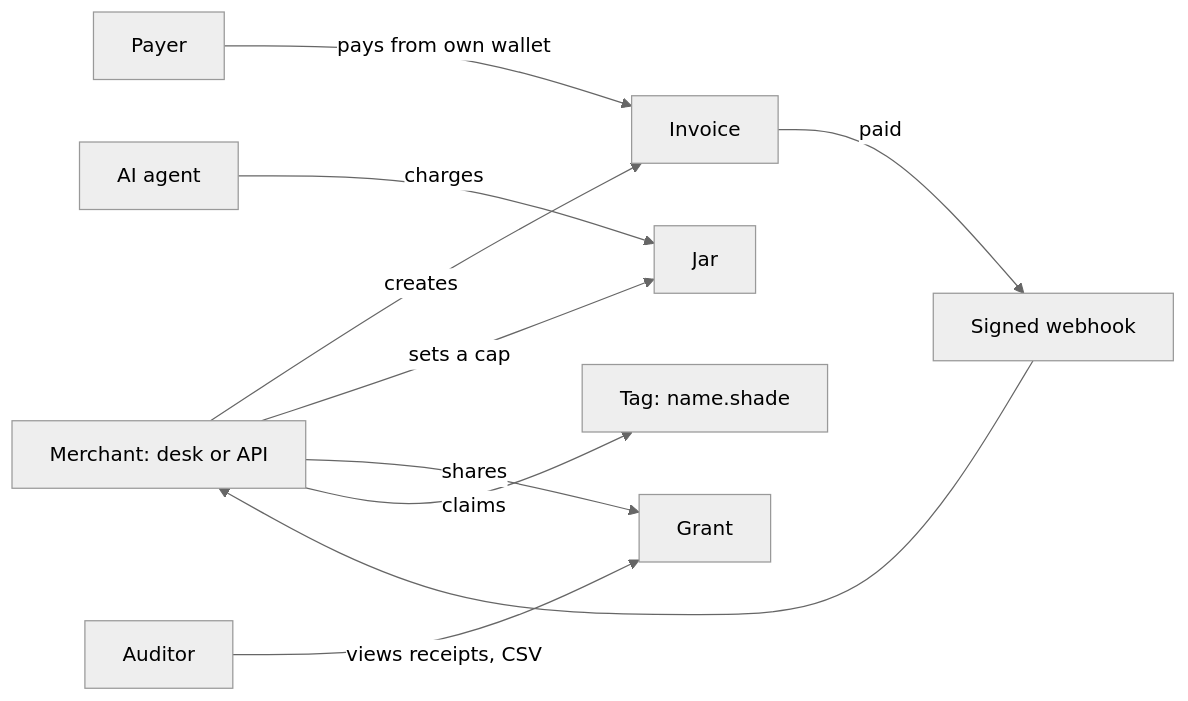
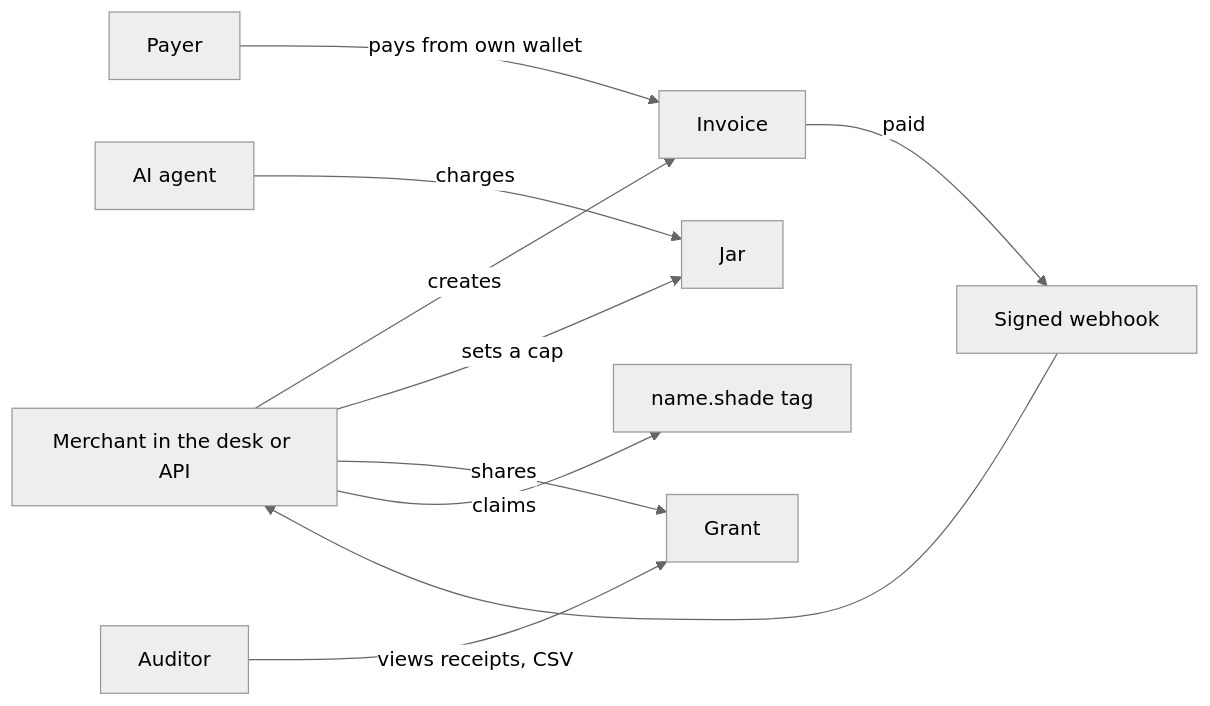
The third of 7 diagrams in README.md (billi-x4/Shade), drawn with Mermaid (neutral theme) before and after one commit. The commit also changed other lines of this file and 3 other files, not shown here.

````diff
--- a/README.md
+++ b/README.md
@@ -42,12 +56,12 @@
 ```mermaid
 flowchart LR
-  M["Merchant: desk or API"] -->|"creates"| I["Invoice"]
+  M["Merchant in the desk or API"] -->|"creates"| I["Invoice"]
   M -->|"sets a cap"| J["Jar"]
   M -->|"shares"| G["Grant"]
-  M -->|"claims"| T["Tag: name.shade"]
+  M -->|"claims"| T["name.shade tag"]
   P["Payer"] -->|"pays from own wallet"| I
   I -->|"paid"| W["Signed webhook"]
   W --> M
   A["AI agent"] -->|"charges"| J
   U["Auditor"] -->|"views receipts, CSV"| G
 ```
````
